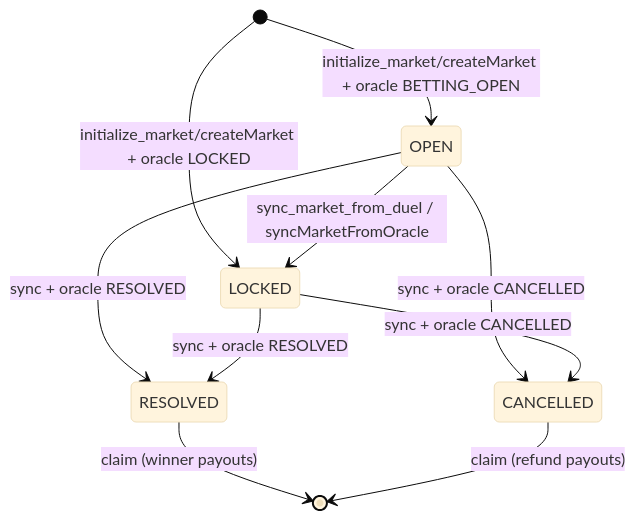
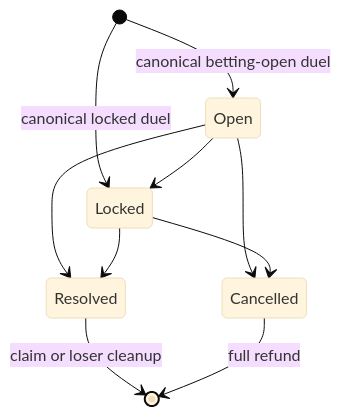
One commit to HyperscapeAI/hyperbet changed the second of 3 diagrams in docs/protocol/state-transition-diagrams.md. Above: the diagram before and after it, drawn with Mermaid (base theme). The commit also changed other lines of this file and 772 other files, not shown here.

Commit message:
feat(solana): build launch-ready duel betting flow

````diff
--- a/docs/protocol/state-transition-diagrams.md
+++ b/docs/protocol/state-transition-diagrams.md
@@ -27,15 +26,12 @@
 ```mermaid
 stateDiagram-v2
-    [*] --> OPEN: initialize_market/createMarket + oracle BETTING_OPEN
-    [*] --> LOCKED: initialize_market/createMarket + oracle LOCKED
-
-    OPEN --> LOCKED: sync_market_from_duel / syncMarketFromOracle
-    OPEN --> RESOLVED: sync + oracle RESOLVED
-    OPEN --> CANCELLED: sync + oracle CANCELLED
-
-    LOCKED --> RESOLVED: sync + oracle RESOLVED
-    LOCKED --> CANCELLED: sync + oracle CANCELLED
-
-    RESOLVED --> [*]: claim (winner payouts)
-    CANCELLED --> [*]: claim (refund payouts)
+    [*] --> Open: canonical betting-open duel
+    [*] --> Locked: canonical locked duel
+    Open --> Locked
+    Open --> Resolved
+    Open --> Cancelled
+    Locked --> Resolved
+    Locked --> Cancelled
+    Resolved --> [*]: claim or loser cleanup
+    Cancelled --> [*]: full refund
 ```
````
